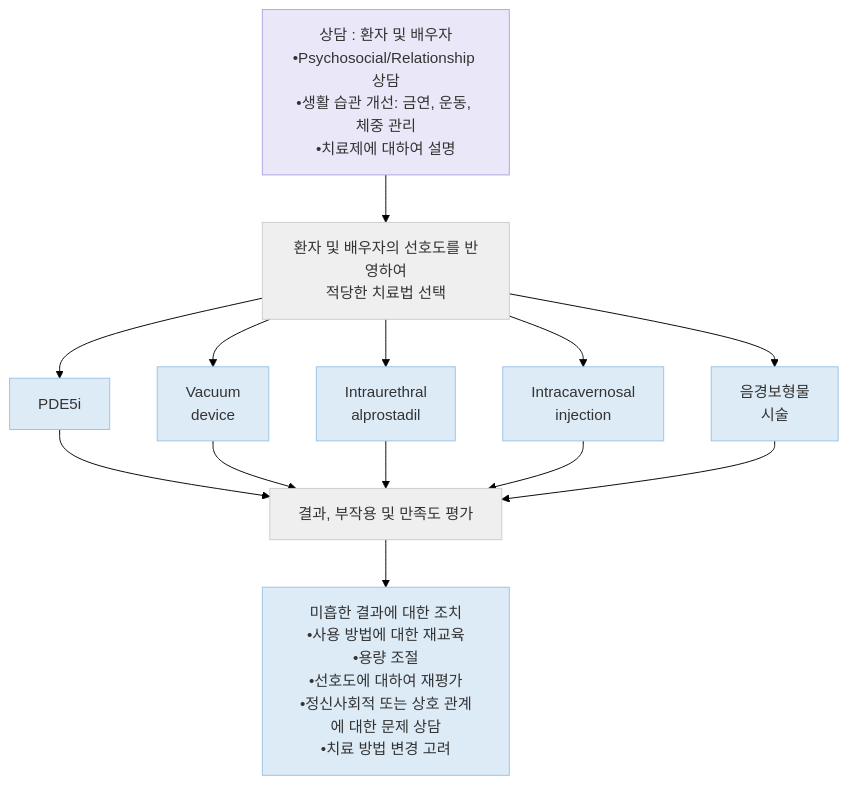
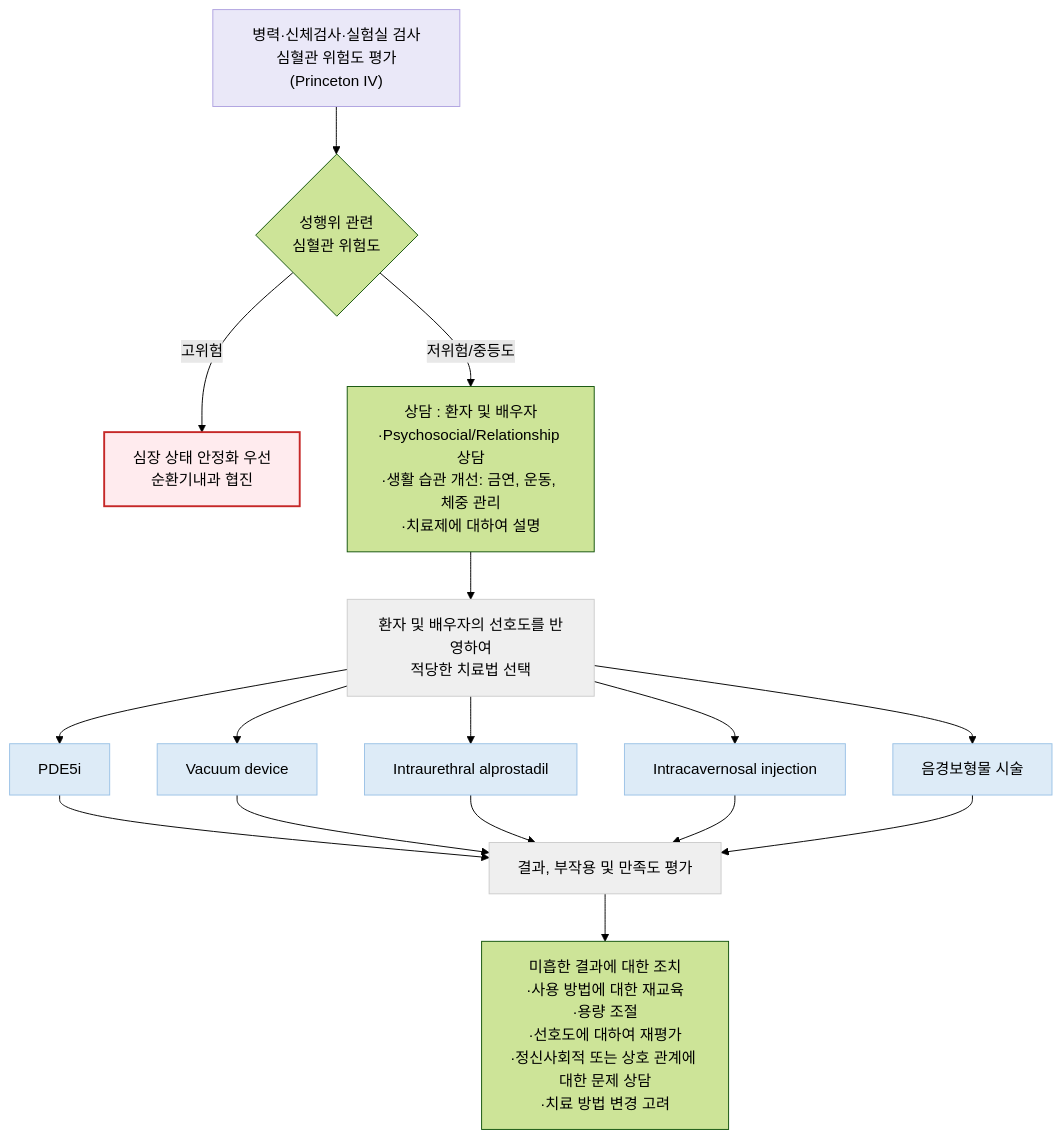
The diagram in 227_/132_-sexual-dysfunction.md (familyoh77/familyoh77), drawn with Mermaid (forest theme) before and after one commit. The commit also changed other lines of this file, not shown here.

````diff
--- a/227_/132_-sexual-dysfunction.md
+++ b/227_/132_-sexual-dysfunction.md
@@ -159,27 +116,32 @@
 ```mermaid
 flowchart TD
-    A["상담 : 환자 및 배우자<br>•Psychosocial/Relationship 상담<br>•생활 습관 개선: 금연, 운동, 체중 관리<br>•치료제에 대하여 설명"] --> B["환자 및 배우자의 선호도를 반영하여<br>적당한 치료법 선택"]
+    A["병력·신체검사·실험실 검사<br>심혈관 위험도 평가(Princeton IV)"] --> B{"성행위 관련<br>심혈관 위험도"}
+    B -->|고위험| B1["심장 상태 안정화 우선<br>순환기내과 협진"]
+    B -->|저위험/중등도| C["상담 : 환자 및 배우자<br>·Psychosocial/Relationship 상담<br>·생활 습관 개선: 금연, 운동, 체중 관리<br>·치료제에 대하여 설명"]
 
-    B --> C1["PDE5i"]
-    B --> C2["Vacuum<br>device"]
-    B --> C3["Intraurethral<br>alprostadil"]
-    B --> C4["Intracavernosal<br>injection"]
-    B --> C5["음경보형물<br>시술"]
+    C --> D["환자 및 배우자의 선호도를 반영하여<br>적당한 치료법 선택"]
 
-    C1 --> D["결과, 부작용 및 만족도 평가"]
-    C2 --> D
-    C3 --> D
-    C4 --> D
-    C5 --> D
+    D --> E1["PDE5i"]
+    D --> E2["Vacuum device"]
+    D --> E3["Intraurethral alprostadil"]
+    D --> E4["Intracavernosal injection"]
+    D --> E5["음경보형물 시술"]
 
-    D --> E["미흡한 결과에 대한 조치<br>•사용 방법에 대한 재교육<br>•용량 조절<br>•선호도에 대하여 재평가<br>•정신사회적 또는 상호 관계에 대한 문제 상담<br>•치료 방법 변경 고려"]
+    E1 --> F["결과, 부작용 및 만족도 평가"]
+    E2 --> F
+    E3 --> F
+    E4 --> F
+    E5 --> F
 
-    %% 색상 및 스타일 지정
-    classDef purple fill:#EAE8F8,stroke:#B0A3E0,color:#333
-    classDef grey fill:#EFEFEF,stroke:#CCCCCC,color:#333
-    classDef blue fill:#DDEBF7,stroke:#9BC2E6,color:#333
+    F --> G["미흡한 결과에 대한 조치<br>·사용 방법에 대한 재교육<br>·용량 조절<br>·선호도에 대하여 재평가<br>·정신사회적 또는 상호 관계에 대한 문제 상담<br>·치료 방법 변경 고려"]
 
-    class A purple
-    class B,D grey
-    class C1,C2,C3,C4,C5,E blue
+    style B1 fill:#ffebee,stroke:#c62828,stroke-width:2px
+    style A fill:#EAE8F8,stroke:#B0A3E0
+    style D fill:#EFEFEF,stroke:#CCCCCC
+    style F fill:#EFEFEF,stroke:#CCCCCC
+    style E1 fill:#DDEBF7,stroke:#9BC2E6
+    style E2 fill:#DDEBF7,stroke:#9BC2E6
+    style E3 fill:#DDEBF7,stroke:#9BC2E6
+    style E4 fill:#DDEBF7,stroke:#9BC2E6
+    style E5 fill:#DDEBF7,stroke:#9BC2E6
 ```
````
